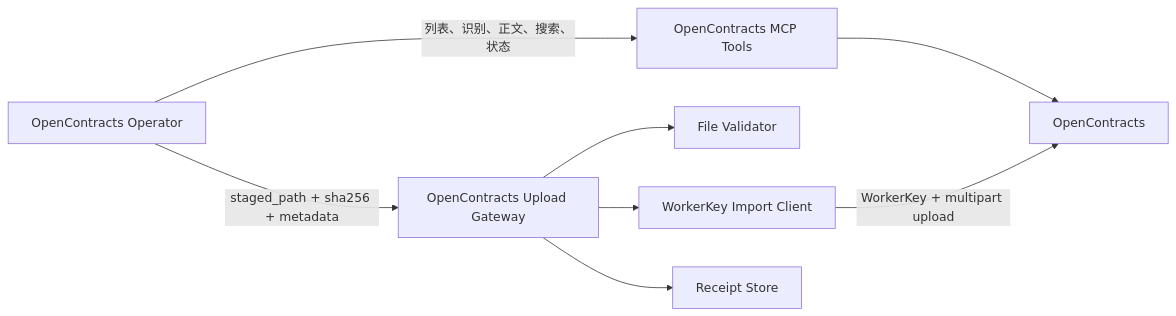
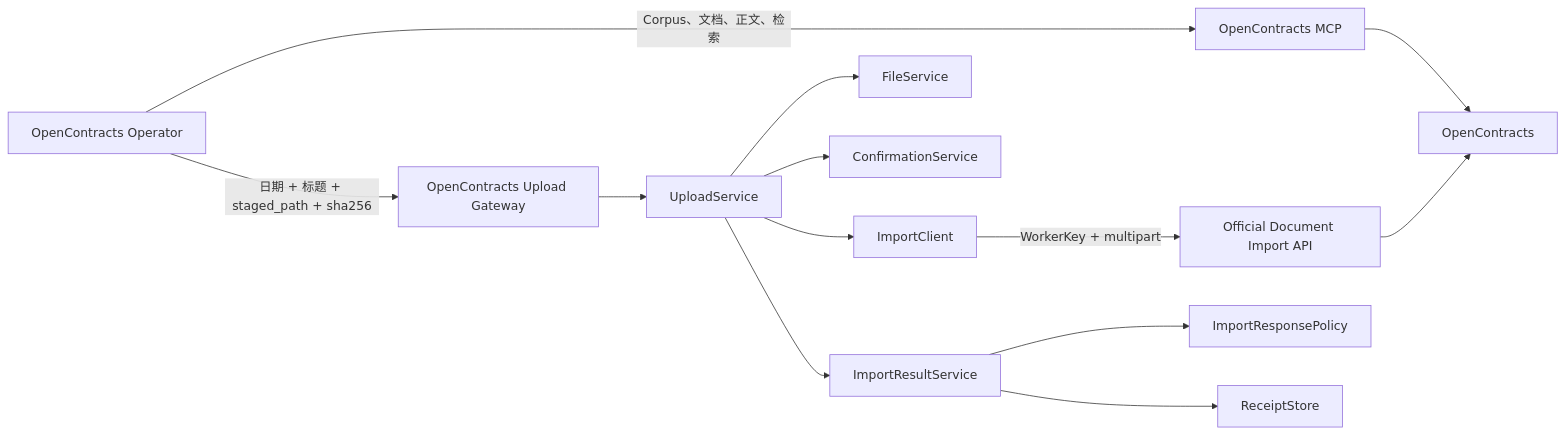
One commit to Ri0n72Y/ContractBotConfig changed the first of 3 diagrams in plugins/astrbot_plugin_opencontracts_gateway/README.md. Above: the diagram before and after it, drawn with Mermaid. The commit also changed other lines of this file and 43 other files, not shown here.

First line of the commit message:
Phase 2-A: move OpenContracts reads to MCP and split upload gateway (#3)

````diff
--- a/plugins/astrbot_plugin_opencontracts_gateway/README.md
+++ b/plugins/astrbot_plugin_opencontracts_gateway/README.md
@@ -19,18 +21,28 @@
 ```mermaid
 flowchart LR
     Operator[OpenContracts Operator]
-    MCP[OpenContracts MCP Tools]
+    MCP[OpenContracts MCP]
     Gateway[OpenContracts Upload Gateway]
-    Validator[File Validator]
-    ImportClient[WorkerKey Import Client]
-    ReceiptStore[Receipt Store]
+    FileService[FileService]
+    Confirmation[ConfirmationService]
+    UploadService[UploadService]
+    ResponsePolicy[ImportResponsePolicy]
+    ResultService[ImportResultService]
+    ImportClient[ImportClient]
+    ReceiptStore[ReceiptStore]
+    ImportAPI[Official Document Import API]
     OC[OpenContracts]
 
-    Operator -->|列表、识别、正文、搜索、状态| MCP
+    Operator -->|Corpus、文档、正文、检索| MCP
     MCP --> OC
-    Operator -->|staged_path + sha256 + metadata| Gateway
-    Gateway --> Validator
-    Gateway --> ImportClient
-    ImportClient -->|WorkerKey + multipart upload| OC
-    Gateway --> ReceiptStore
+    Operator -->|日期 + 标题 + staged_path + sha256| Gateway
+    Gateway --> UploadService
+    UploadService --> FileService
+    UploadService --> Confirmation
+    UploadService --> ImportClient
+    ImportClient -->|WorkerKey + multipart| ImportAPI
+    ImportAPI --> OC
+    UploadService --> ResultService
+    ResultService --> ResponsePolicy
+    ResultService --> ReceiptStore
 ```
````
